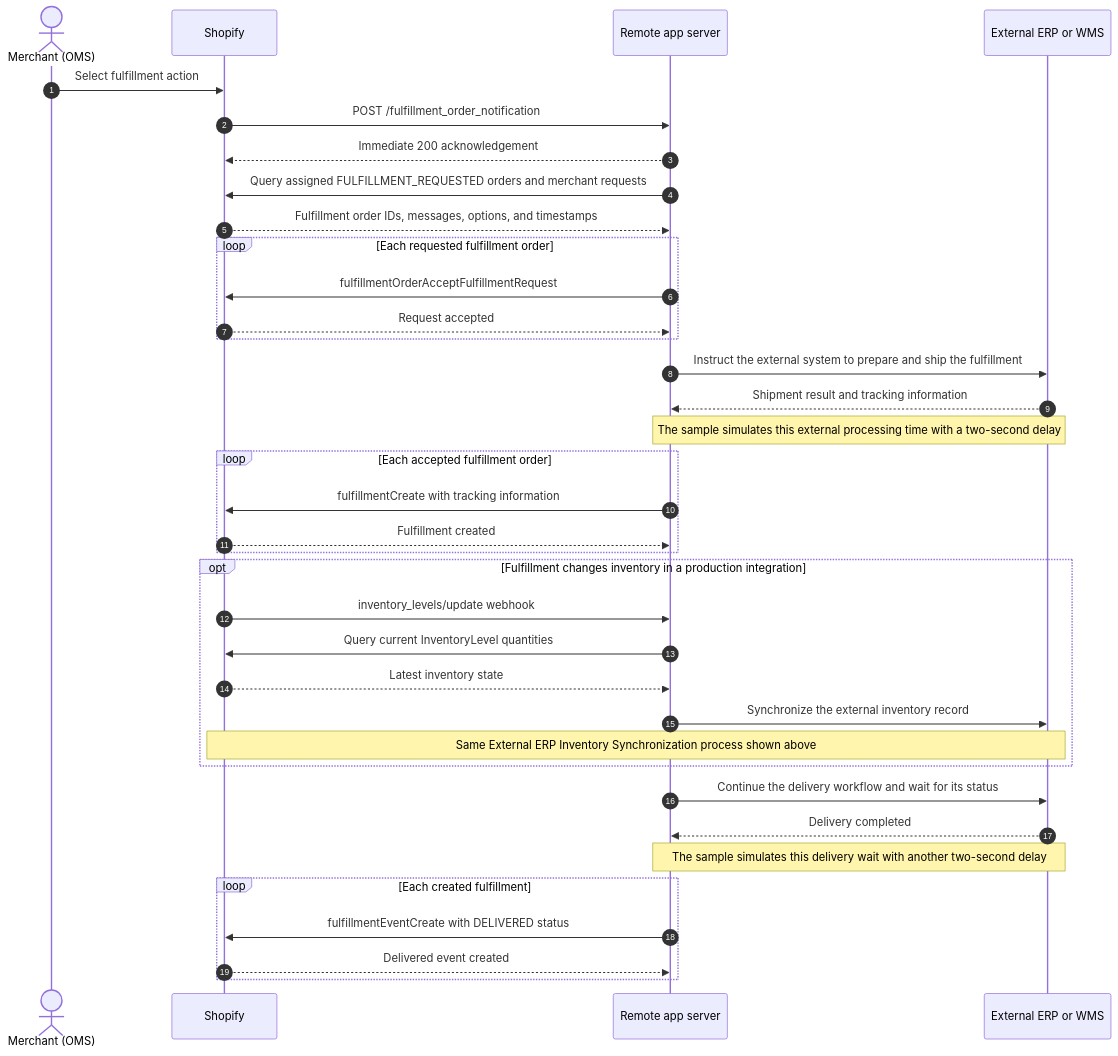
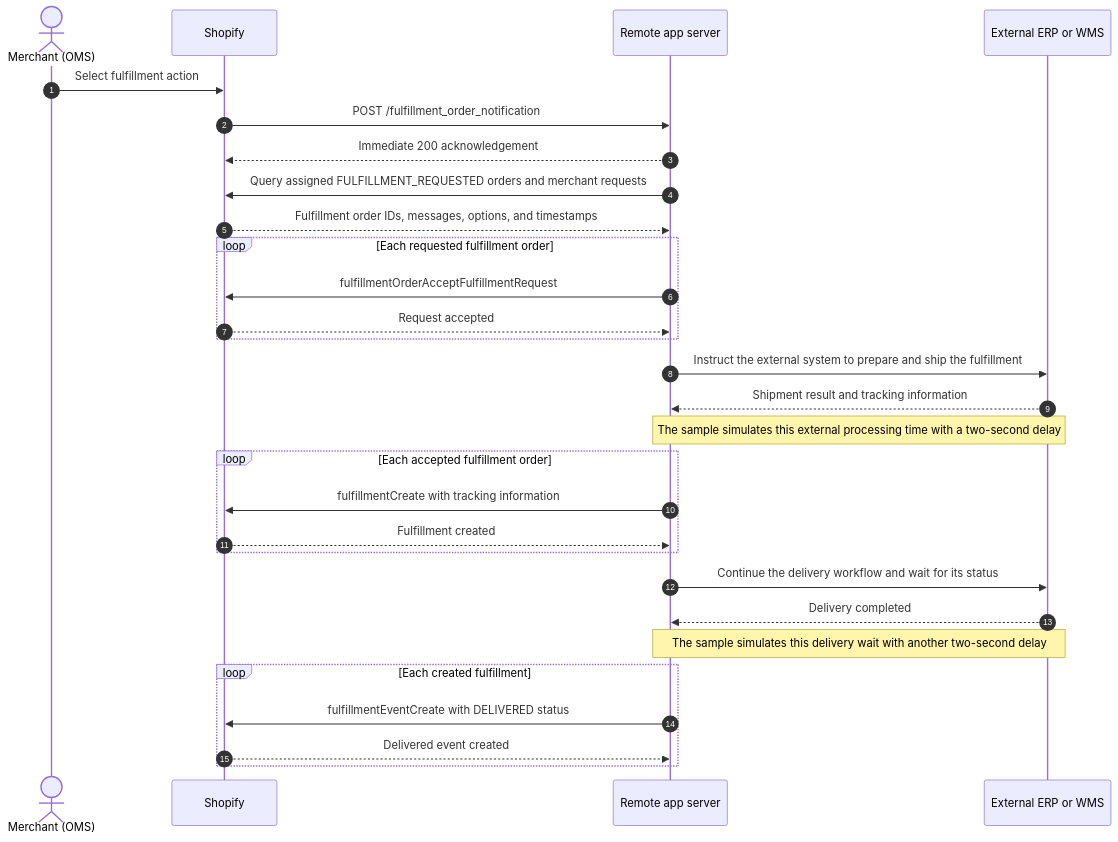
One commit to benzookapi/shopify-barebone-app-sample changed the fourth of 4 diagrams in docs/13-ordermanage.md. Above: the diagram before and after it, drawn with Mermaid. The commit also changed other lines of this file, not shown here.

Commit message:
Clarify fulfillment inventory sync behavior

````diff
--- a/docs/13-ordermanage.md
+++ b/docs/13-ordermanage.md
@@ -120,39 +120,32 @@
 ```mermaid
 sequenceDiagram
     autonumber
     actor Merchant as Merchant (OMS)
     participant Shopify as Shopify
     participant App as Remote app server
     participant ERP as External ERP or WMS
 
     Merchant->>Shopify: Select fulfillment action
     Shopify->>App: POST /fulfillment_order_notification
     App-->>Shopify: Immediate 200 acknowledgement
     App->>Shopify: Query assigned FULFILLMENT_REQUESTED orders and merchant requests
     Shopify-->>App: Fulfillment order IDs, messages, options, and timestamps
     loop Each requested fulfillment order
         App->>Shopify: fulfillmentOrderAcceptFulfillmentRequest
         Shopify-->>App: Request accepted
     end
     App->>ERP: Instruct the external system to prepare and ship the fulfillment
     ERP-->>App: Shipment result and tracking information
     Note over App,ERP: The sample simulates this external processing time with a two-second delay
     loop Each accepted fulfillment order
         App->>Shopify: fulfillmentCreate with tracking information
         Shopify-->>App: Fulfillment created
     end
-    opt Fulfillment changes inventory in a production integration
-        Shopify->>App: inventory_levels/update webhook
-        App->>Shopify: Query current InventoryLevel quantities
-        Shopify-->>App: Latest inventory state
-        App->>ERP: Synchronize the external inventory record
-        Note over Shopify,ERP: Same External ERP Inventory Synchronization process shown above
-    end
     App->>ERP: Continue the delivery workflow and wait for its status
     ERP-->>App: Delivery completed
     Note over App,ERP: The sample simulates this delivery wait with another two-second delay
     loop Each created fulfillment
         App->>Shopify: fulfillmentEventCreate with DELIVERED status
         Shopify-->>App: Delivered event created
     end
 ```
````
